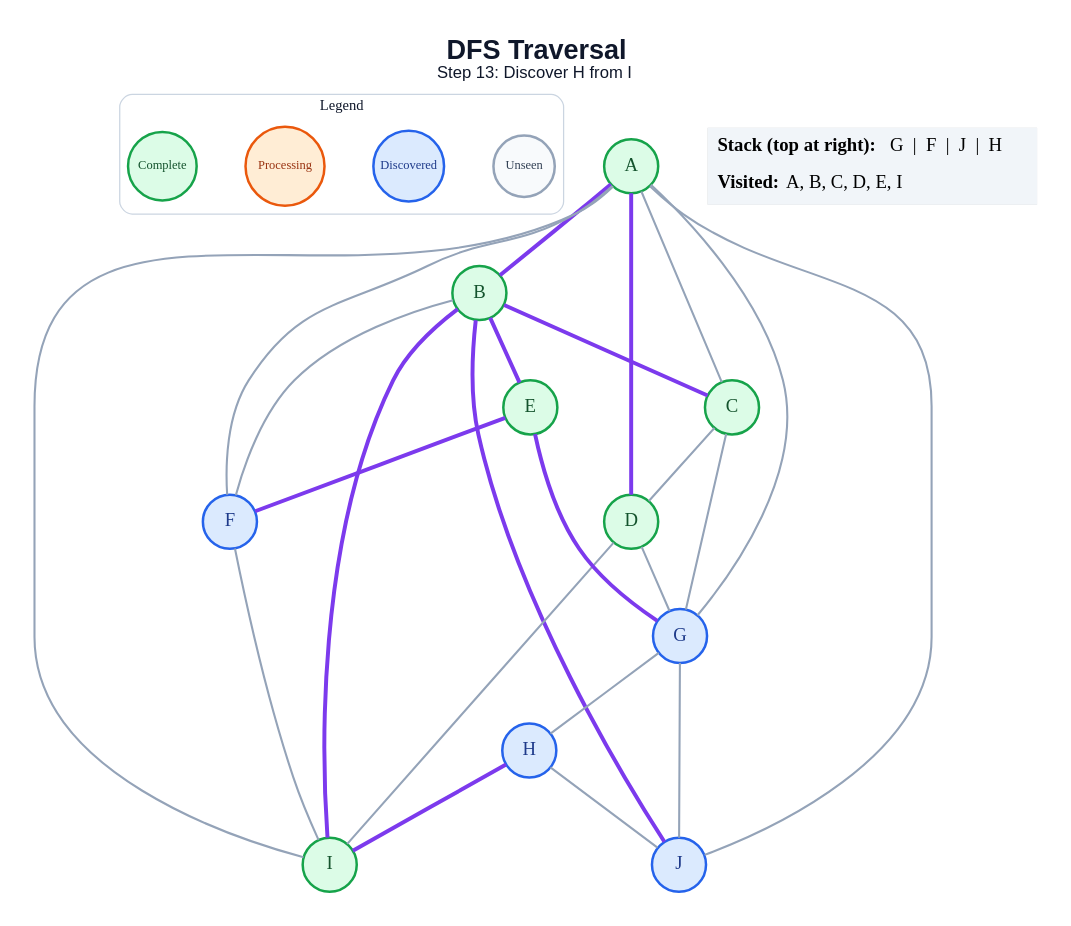
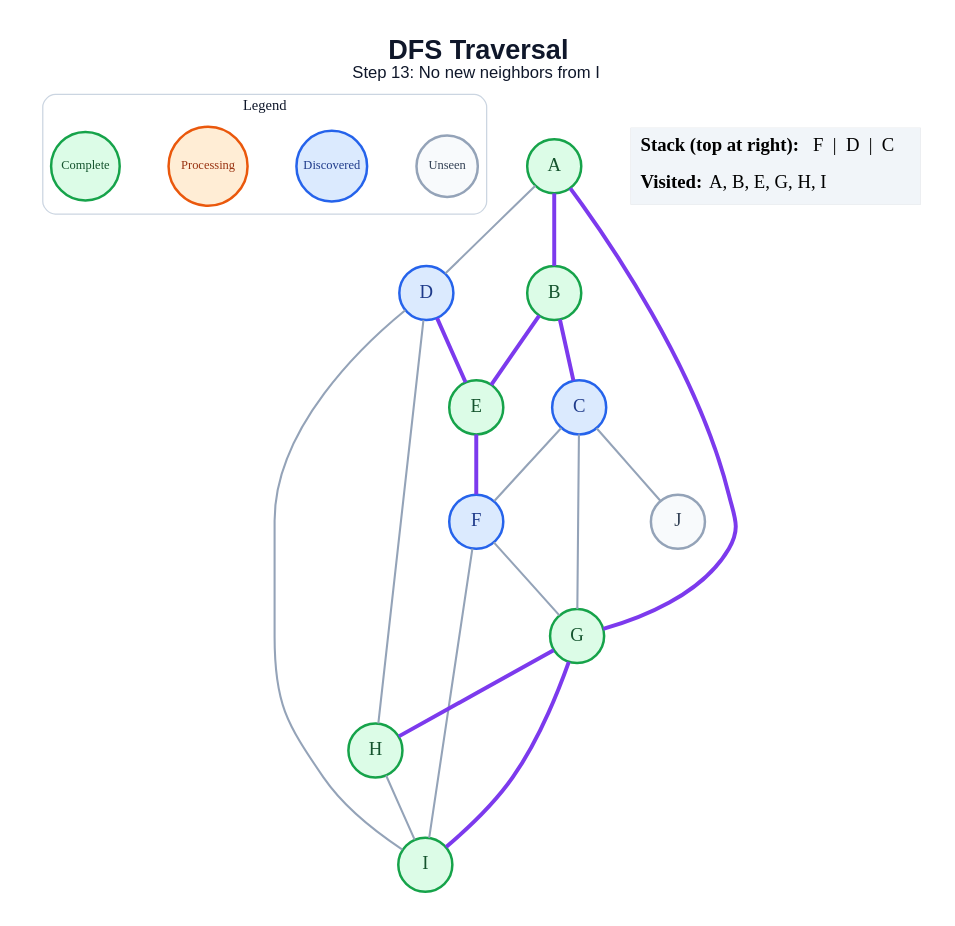
The diagram in generated/specific-node/dfs/step_13.dot (anon7238593-create/ai-slop), drawn with Graphviz before and after one commit. The commit also changed 178 other files, not shown here.

```diff
--- a/generated/specific-node/dfs/step_13.dot
+++ b/generated/specific-node/dfs/step_13.dot
@@ -1,52 +1,46 @@
 graph traversal {
   graph [layout=dot, rankdir=TB, bgcolor="#FFFFFF", pad="0.35", nodesep="0.65", ranksep="0.8", fontname="Arial"];
   node [shape=circle, style="filled", fontname="Arial Bold", fontsize=18, width=0.72, fixedsize=true, penwidth=2.4];
   edge [color="#94A3B8", penwidth=2.0];
-  label=<<B>DFS Traversal</B><BR/><FONT POINT-SIZE="16">Step 13: Discover H from I</FONT>>; labelloc="t"; fontsize=26; fontname="Arial"; fontcolor="#0F172A";
+  label=<<B>DFS Traversal</B><BR/><FONT POINT-SIZE="16">Step 13: No new neighbors from I</FONT>>; labelloc="t"; fontsize=26; fontname="Arial"; fontcolor="#0F172A";
   subgraph cluster_legend { label="Legend"; color="#CBD5E1"; penwidth=1.2; style="rounded"; fontsize=14; fontname="Arial Bold";
     key_unseen [label="Unseen", fillcolor="#F8FAFC", color="#94A3B8", fontcolor="#334155", fontsize=12, width=0.82];
     key_frontier [label="Discovered", fillcolor="#DBEAFE", color="#2563EB", fontcolor="#1E3A8A", fontsize=12, width=0.95];
     key_current [label="Processing", fillcolor="#FFEDD5", color="#EA580C", fontcolor="#9A3412", fontsize=12, width=1.05];
     key_done [label="Complete", fillcolor="#DCFCE7", color="#16A34A", fontcolor="#14532D", fontsize=12, width=0.92];
     { rank=same; key_unseen; key_frontier; key_current; key_done; }
   }
   A [fillcolor="#DCFCE7", color="#16A34A", fontcolor="#14532D"];
   B [fillcolor="#DCFCE7", color="#16A34A", fontcolor="#14532D"];
-  C [fillcolor="#DCFCE7", color="#16A34A", fontcolor="#14532D"];
-  D [fillcolor="#DCFCE7", color="#16A34A", fontcolor="#14532D"];
+  C [fillcolor="#DBEAFE", color="#2563EB", fontcolor="#1E3A8A"];
+  D [fillcolor="#DBEAFE", color="#2563EB", fontcolor="#1E3A8A"];
   E [fillcolor="#DCFCE7", color="#16A34A", fontcolor="#14532D"];
   F [fillcolor="#DBEAFE", color="#2563EB", fontcolor="#1E3A8A"];
-  G [fillcolor="#DBEAFE", color="#2563EB", fontcolor="#1E3A8A"];
-  H [fillcolor="#DBEAFE", color="#2563EB", fontcolor="#1E3A8A"];
+  G [fillcolor="#DCFCE7", color="#16A34A", fontcolor="#14532D"];
+  H [fillcolor="#DCFCE7", color="#16A34A", fontcolor="#14532D"];
   I [fillcolor="#DCFCE7", color="#16A34A", fontcolor="#14532D"];
-  J [fillcolor="#DBEAFE", color="#2563EB", fontcolor="#1E3A8A"];
+  J [fillcolor="#F8FAFC", color="#94A3B8", fontcolor="#334155"];
   A -- B [color="#7C3AED", penwidth=3.8];
-  A -- C;
-  A -- D [color="#7C3AED", penwidth=3.8];
-  A -- F;
-  A -- G;
-  A -- I;
-  A -- J;
+  A -- D;
+  A -- G [color="#7C3AED", penwidth=3.8];
   B -- C [color="#7C3AED", penwidth=3.8];
   B -- E [color="#7C3AED", penwidth=3.8];
-  B -- F;
-  B -- I [color="#7C3AED", penwidth=3.8];
-  B -- J [color="#7C3AED", penwidth=3.8];
-  C -- D;
+  C -- F;
   C -- G;
-  D -- G;
+  C -- J;
+  D -- E [color="#7C3AED", penwidth=3.8];
+  D -- H;
   D -- I;
   E -- F [color="#7C3AED", penwidth=3.8];
-  E -- G [color="#7C3AED", penwidth=3.8];
+  F -- G;
   F -- I;
-  G -- H;
-  G -- J;
-  H -- I [color="#7C3AED", penwidth=3.8];
-  H -- J;
+  G -- H [color="#7C3AED", penwidth=3.8];
+  G -- I [color="#7C3AED", penwidth=3.8];
+  H -- I;
   status [shape=plain, fixedsize=false, width=0, height=0, margin=0, label=<
     <TABLE BORDER="0" CELLBORDER="0" CELLPADDING="7" BGCOLOR="#F1F5F9">
-      <TR><TD ALIGN="LEFT"><B>Stack (top at right):</B> G  |  F  |  J  |  H</TD></TR>
-      <TR><TD ALIGN="LEFT"><B>Visited:</B> A, B, C, D, E, I</TD></TR>
+      <TR><TD ALIGN="LEFT"><B>Stack (top at right):</B> F  |  D  |  C</TD></TR>
+      <TR><TD ALIGN="LEFT"><B>Visited:</B> A, B, E, G, H, I</TD></TR>
     </TABLE>
   >];
 }
```
